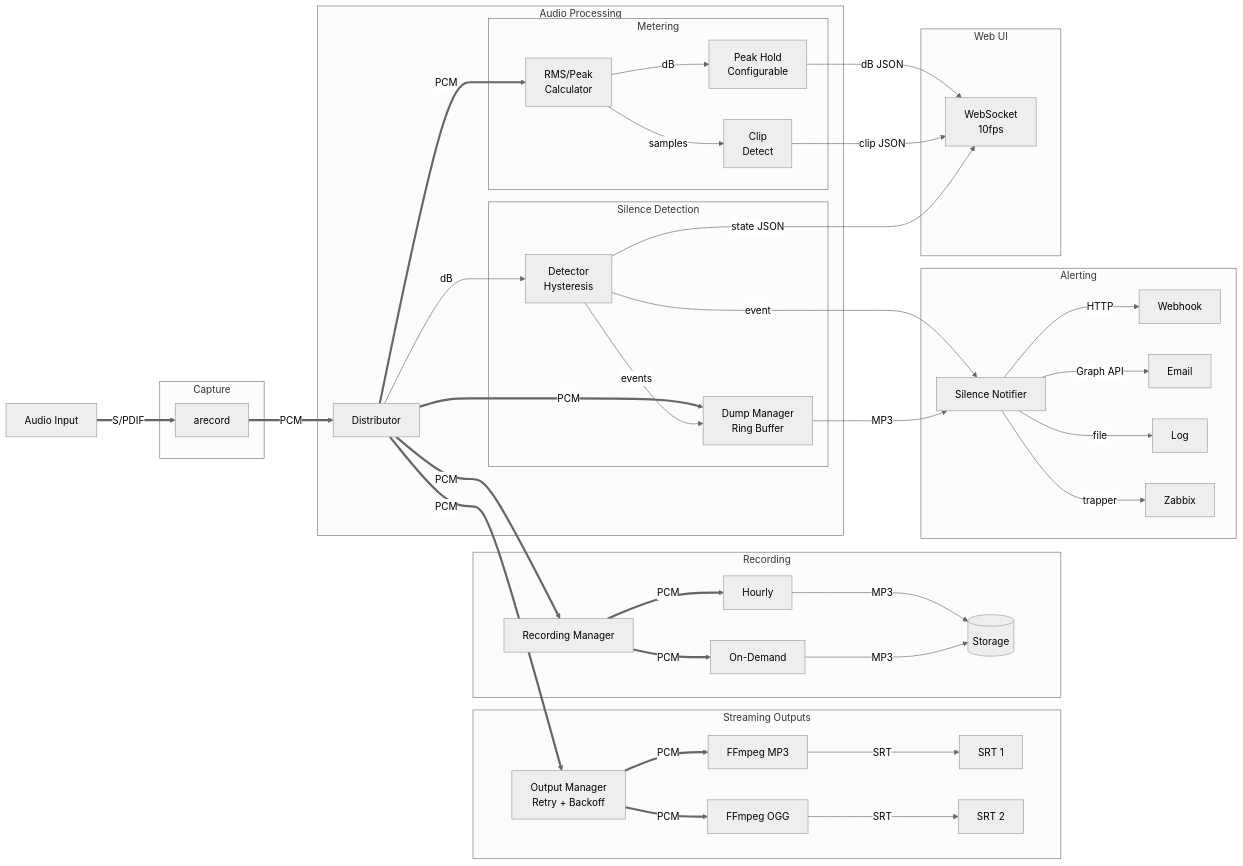
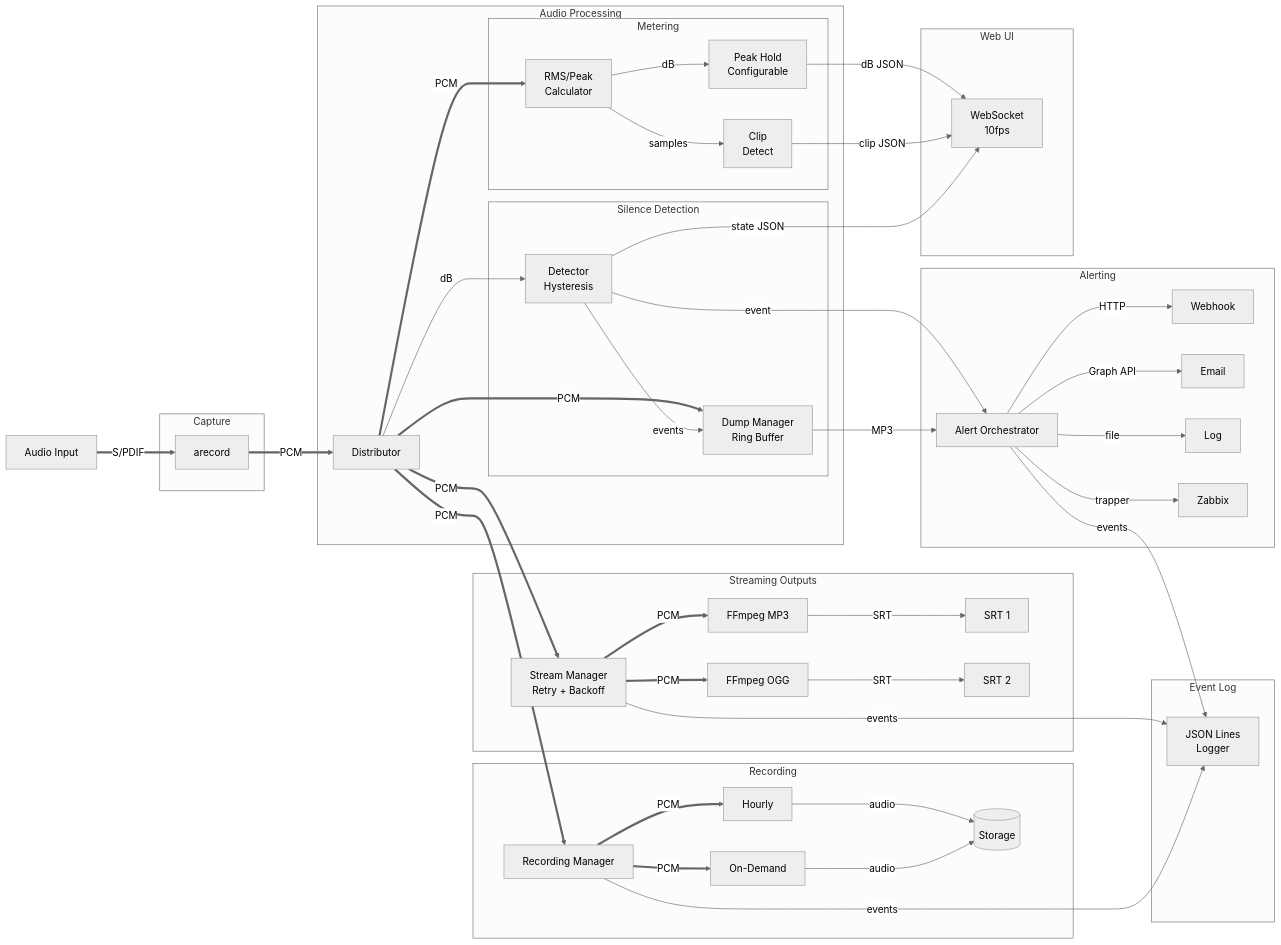
The diagram in README.md (oszuidwest/zwfm-encoder), drawn with Mermaid (neutral theme) before and after one commit. The commit also changed other lines of this file, not shown here.

Commit message:
docs(readme): sync architecture diagram with current codebase
- Rename "Output Manager" to "Stream Manager" (matches internal/streaming)
- Rename "Silence Notifier" to "Alert Orchestrator" (matches internal/notify)
- Add Event Log subgraph (internal/eventlog) with edges from alerting,
  streaming, and recording subsystems
- Fix recording edge labels from MP3-only to generic "audio" (WAV/OGG/MP3)
- Fix peak hold default from 1500 ms to 3000 ms (config.DefaultPeakHoldMs)
- Add Event Log step to Audio Flow description

````diff
--- a/README.md
+++ b/README.md
@@ -213,7 +213,7 @@
     end
 
     subgraph Outputs["Streaming Outputs"]
-        OM[Output Manager<br>Retry + Backoff]
+        OM[Stream Manager<br>Retry + Backoff]
         F1[FFmpeg MP3]
         F2[FFmpeg OGG]
         S1[SRT 1]
@@ -228,7 +228,7 @@
     end
 
     subgraph Alerts["Alerting"]
-        SN[Silence Notifier]
+        SN[Alert Orchestrator]
         N1[Webhook]
         N2[Email]
         N3[Log]
@@ -237,6 +237,10 @@
 
     subgraph UI["Web UI"]
         WS[WebSocket<br>10fps]
+    end
+
+    subgraph EventLog["Event Log"]
+        EL[JSON Lines<br>Logger]
     end
 
     %% Main audio flow
@@ -261,14 +265,17 @@
     SN -->|Graph API| N2
     SN -->|file| N3
     SN -->|trapper| N4
+    SN -->|events| EL
 
     %% Streaming
     D ==>|PCM| OM
     OM ==>|PCM| F1 -->|SRT| S1
     OM ==>|PCM| F2 -->|SRT| S2
+    OM -->|events| EL
 
     %% Recording
     D ==>|PCM| RM
-    RM ==>|PCM| R1 -->|MP3| ST
-    RM ==>|PCM| R2 -->|MP3| ST
+    RM ==>|PCM| R1 -->|audio| ST
+    RM ==>|PCM| R2 -->|audio| ST
+    RM -->|events| EL
 ```
````
